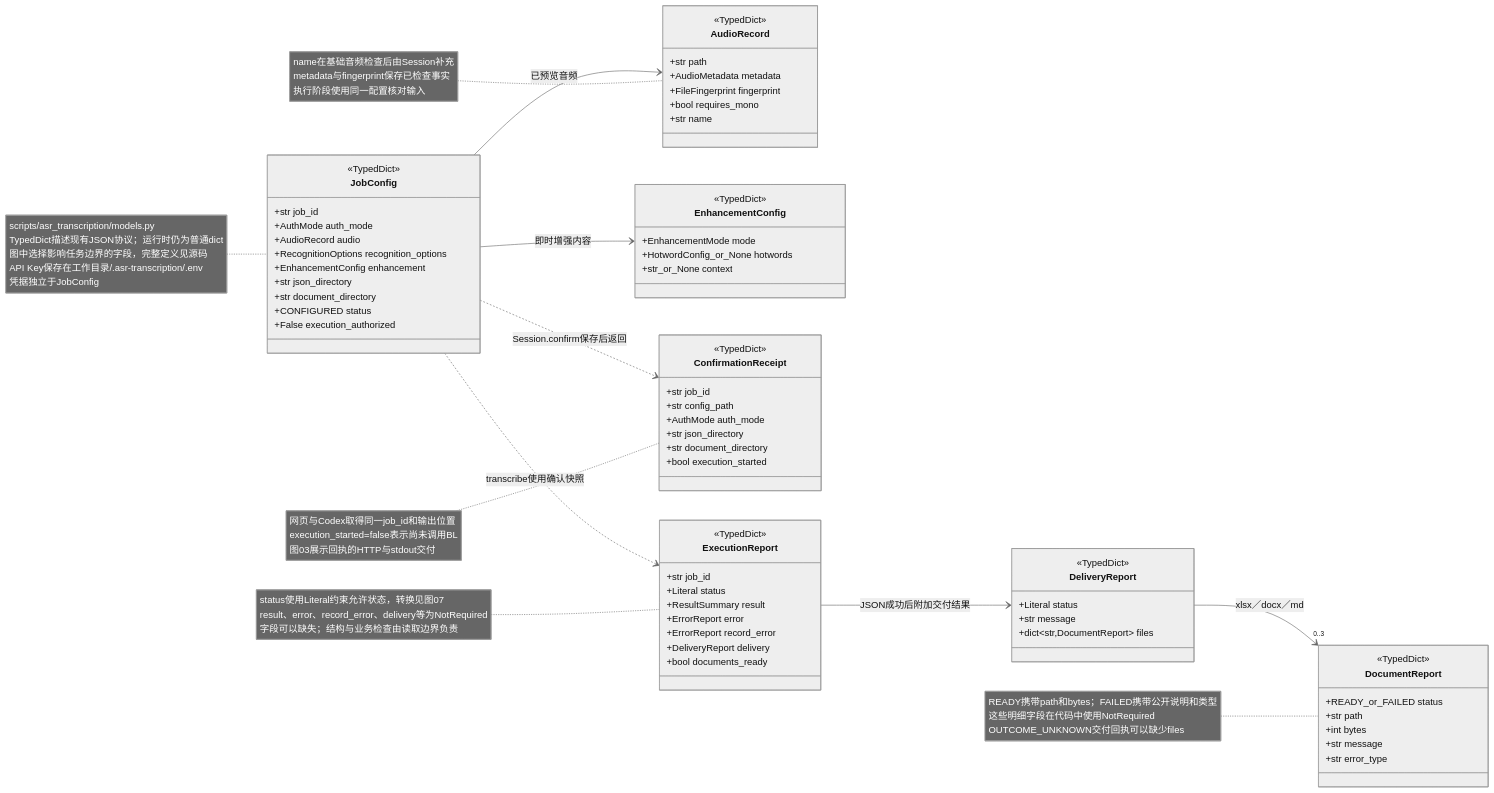
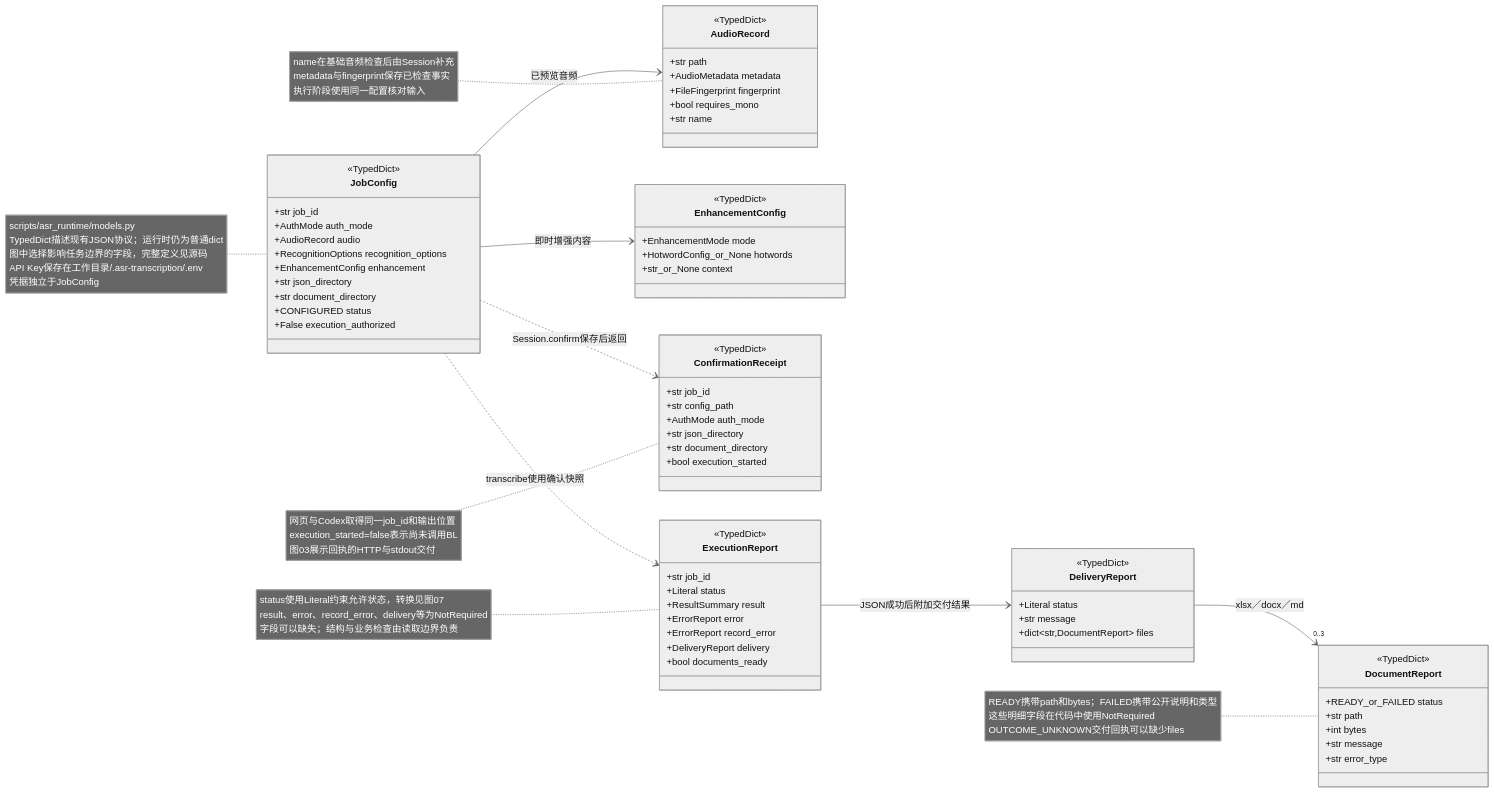
The diagram in doc/uml/01c-protocol.mmd (hx101700/asr-agent), drawn with Mermaid (neutral theme) before and after one commit. The commit also changed 85 other files, not shown here.

Commit message:
refactor: name the Python execution package asr_runtime

```diff
--- a/doc/uml/01c-protocol.mmd
+++ b/doc/uml/01c-protocol.mmd
@@ -1,72 +1,72 @@
 classDiagram
 direction LR
 class JobConfig {
   <<TypedDict>>
   +str job_id
   +AuthMode auth_mode
   +AudioRecord audio
   +RecognitionOptions recognition_options
   +EnhancementConfig enhancement
   +str json_directory
   +str document_directory
   +CONFIGURED status
   +False execution_authorized
 }
 class AudioRecord {
   <<TypedDict>>
   +str path
   +AudioMetadata metadata
   +FileFingerprint fingerprint
   +bool requires_mono
   +str name
 }
 class EnhancementConfig {
   <<TypedDict>>
   +EnhancementMode mode
   +HotwordConfig_or_None hotwords
   +str_or_None context
 }
 class ConfirmationReceipt {
   <<TypedDict>>
   +str job_id
   +str config_path
   +AuthMode auth_mode
   +str json_directory
   +str document_directory
   +bool execution_started
 }
 class ExecutionReport {
   <<TypedDict>>
   +str job_id
   +Literal status
   +ResultSummary result
   +ErrorReport error
   +ErrorReport record_error
   +DeliveryReport delivery
   +bool documents_ready
 }
 class DeliveryReport {
   <<TypedDict>>
   +Literal status
   +str message
   +dict~str,DocumentReport~ files
 }
 class DocumentReport {
   <<TypedDict>>
   +READY_or_FAILED status
   +str path
   +int bytes
   +str message
   +str error_type
 }
 JobConfig --> AudioRecord : 已预览音频
 JobConfig --> EnhancementConfig : 即时增强内容
 JobConfig ..> ConfirmationReceipt : Session.confirm保存后返回
 JobConfig ..> ExecutionReport : transcribe使用确认快照
 ExecutionReport --> DeliveryReport : JSON成功后附加交付结果
 DeliveryReport --> "0..3" DocumentReport : xlsx／docx／md
-note for JobConfig "scripts/asr_transcription/models.py<br/>TypedDict描述现有JSON协议；运行时仍为普通dict<br/>图中选择影响任务边界的字段，完整定义见源码<br/>API Key保存在工作目录/.asr-transcription/.env<br/>凭据独立于JobConfig"
+note for JobConfig "scripts/asr_runtime/models.py<br/>TypedDict描述现有JSON协议；运行时仍为普通dict<br/>图中选择影响任务边界的字段，完整定义见源码<br/>API Key保存在工作目录/.asr-transcription/.env<br/>凭据独立于JobConfig"
 note for AudioRecord "name在基础音频检查后由Session补充<br/>metadata与fingerprint保存已检查事实<br/>执行阶段使用同一配置核对输入"
 note for ConfirmationReceipt "网页与Codex取得同一job_id和输出位置<br/>execution_started=false表示尚未调用BL<br/>图03展示回执的HTTP与stdout交付"
 note for ExecutionReport "status使用Literal约束允许状态，转换见图07<br/>result、error、record_error、delivery等为NotRequired<br/>字段可以缺失；结构与业务检查由读取边界负责"
 note for DocumentReport "READY携带path和bytes；FAILED携带公开说明和类型<br/>这些明细字段在代码中使用NotRequired<br/>OUTCOME_UNKNOWN交付回执可以缺少files"
```
